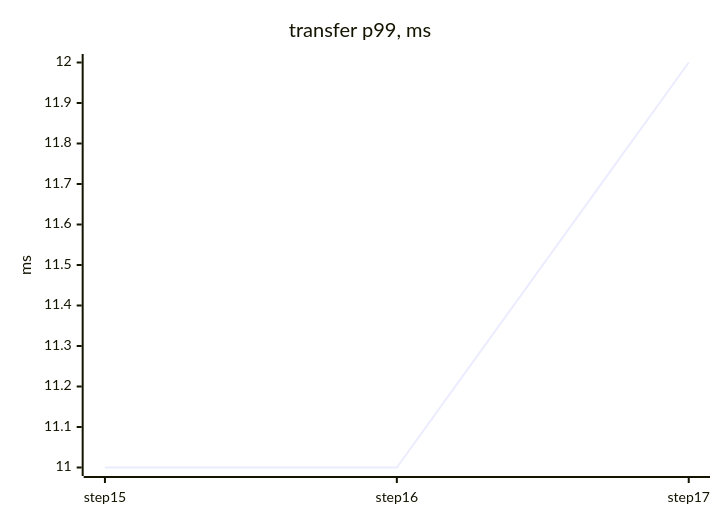
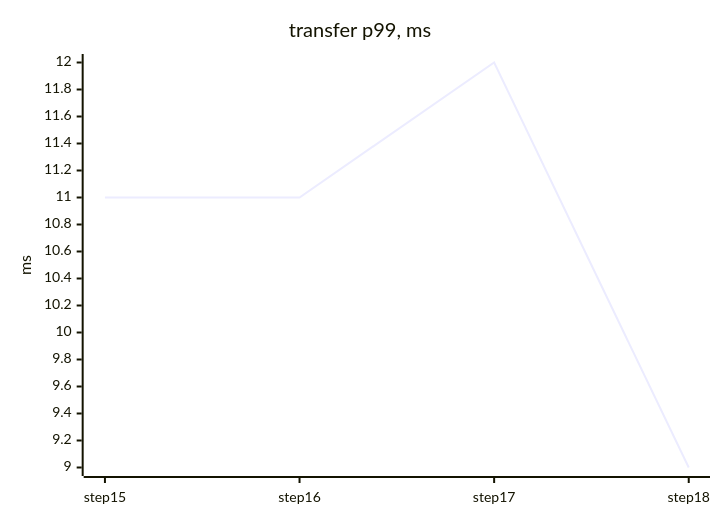
One commit to tanvoid0/ledgerflow changed the first of 4 diagrams in docs/perf/README.md. Above: the diagram before and after it, drawn with Mermaid. The commit also changed other lines of this file and 9 other files, not shown here.

````diff
--- a/docs/perf/README.md
+++ b/docs/perf/README.md
@@ -20,7 +21,7 @@
 ```mermaid
 xychart-beta
     title "transfer p99, ms"
-    x-axis ["step15", "step16", "step17"]
+    x-axis ["step15", "step16", "step17", "step18"]
     y-axis "ms"
-    line [11, 11, 12]
+    line [11, 11, 12, 9]
 ```
````
